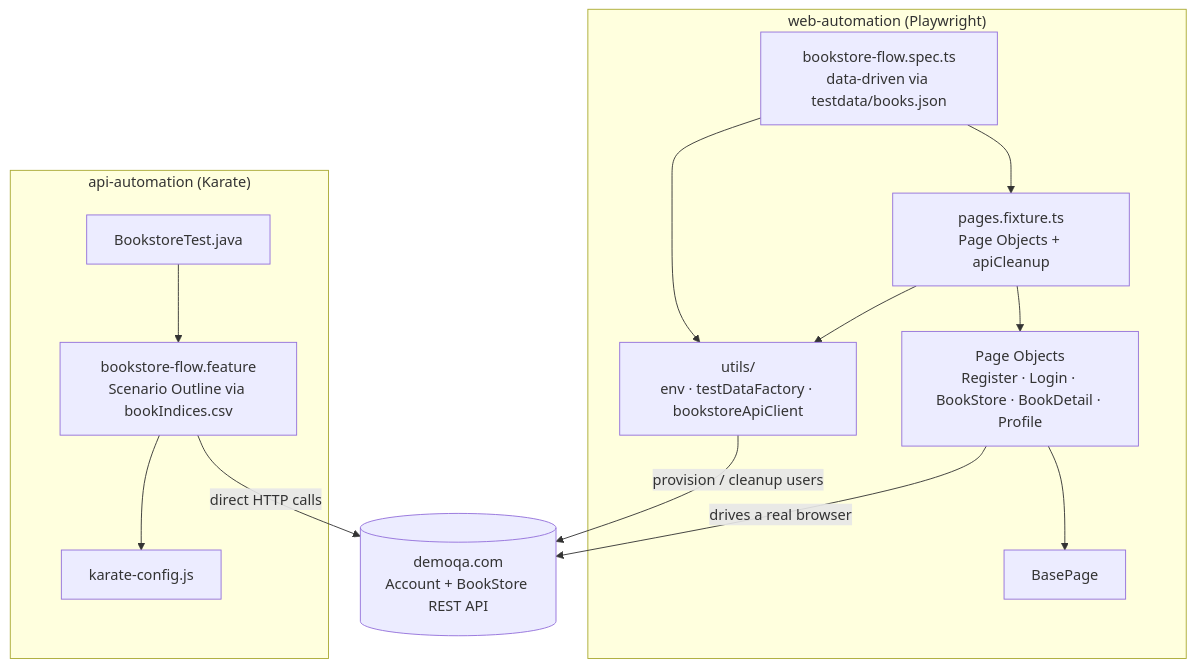
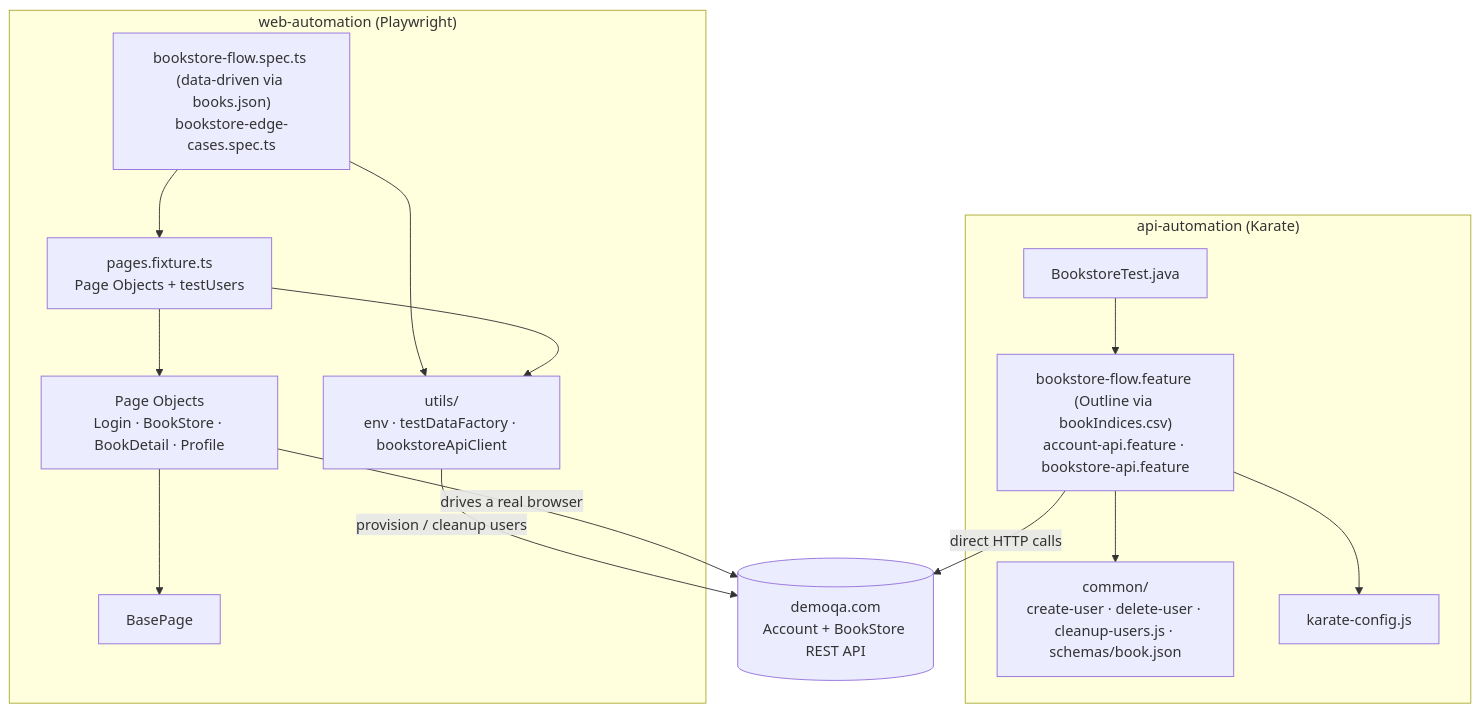
The first of 2 diagrams in README.md (hannahpham93/xenith-qa-assessment), drawn with Mermaid before and after one commit. The commit also changed other lines of this file and 27 other files, not shown here.

````diff
--- a/README.md
+++ b/README.md
@@ -12,29 +12,31 @@
 ```mermaid
 flowchart TB
     subgraph Web["web-automation (Playwright)"]
-        Spec["bookstore-flow.spec.ts
-data-driven via testdata/books.json"]
+        Spec["bookstore-flow.spec.ts (data-driven via books.json)
+bookstore-edge-cases.spec.ts"]
         Fixture["pages.fixture.ts
-Page Objects + apiCleanup"]
+Page Objects + testUsers"]
         Pages["Page Objects
-Register · Login · BookStore · BookDetail · Profile"]
+Login · BookStore · BookDetail · Profile"]
         Base["BasePage"]
         Utils["utils/
 env · testDataFactory · bookstoreApiClient"]
         Spec --> Fixture --> Pages --> Base
         Spec --> Utils
         Fixture --> Utils
     end
 
     subgraph API["api-automation (Karate)"]
-        Runner["BookstoreTest.java"] --> Feature["bookstore-flow.feature
-Scenario Outline via bookIndices.csv"]
+        Runner["BookstoreTest.java"] --> Feature["bookstore-flow.feature (Outline via bookIndices.csv)
+account-api.feature · bookstore-api.feature"]
+        Feature --> Common["common/
+create-user · delete-user · cleanup-users.js · schemas/book.json"]
         Feature --> Config["karate-config.js"]
     end
 
     Demoqa[("demoqa.com
 Account + BookStore REST API")]
     Utils -->|provision / cleanup users| Demoqa
     Pages -->|drives a real browser| Demoqa
     Feature -->|direct HTTP calls| Demoqa
 ```
````
